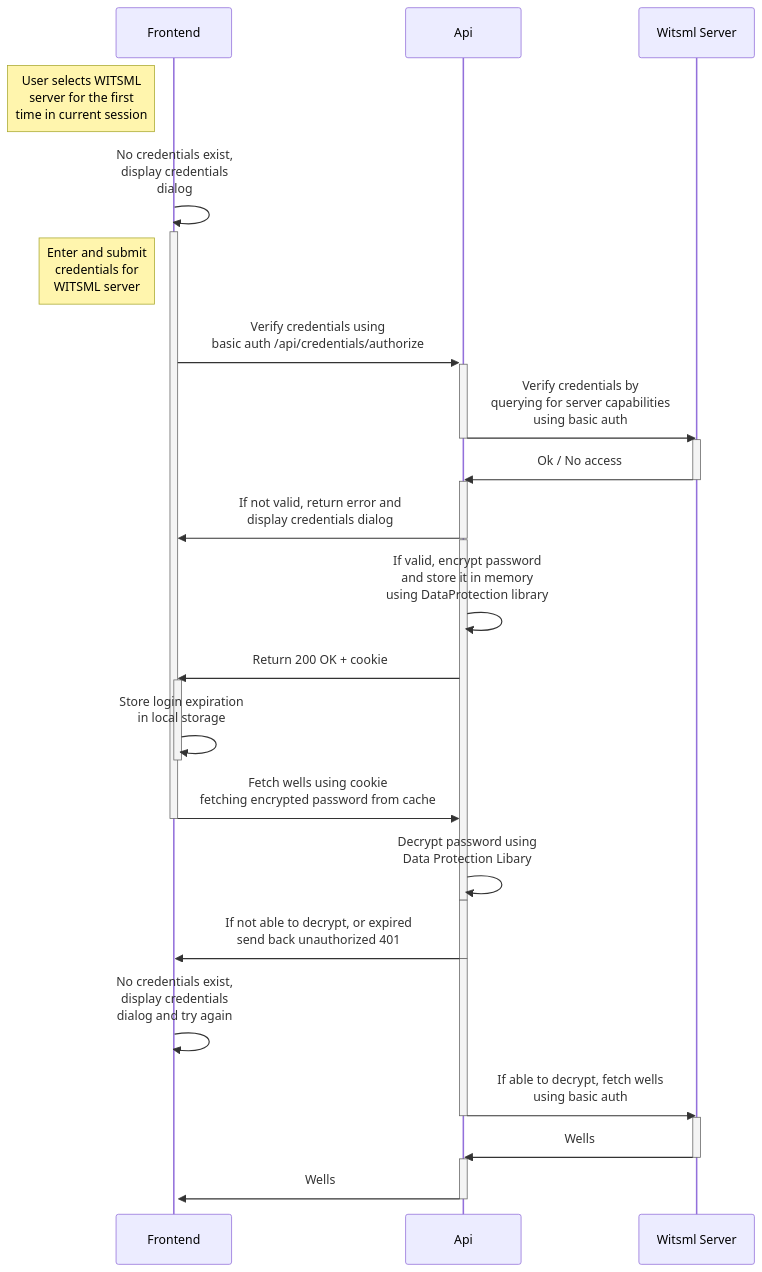
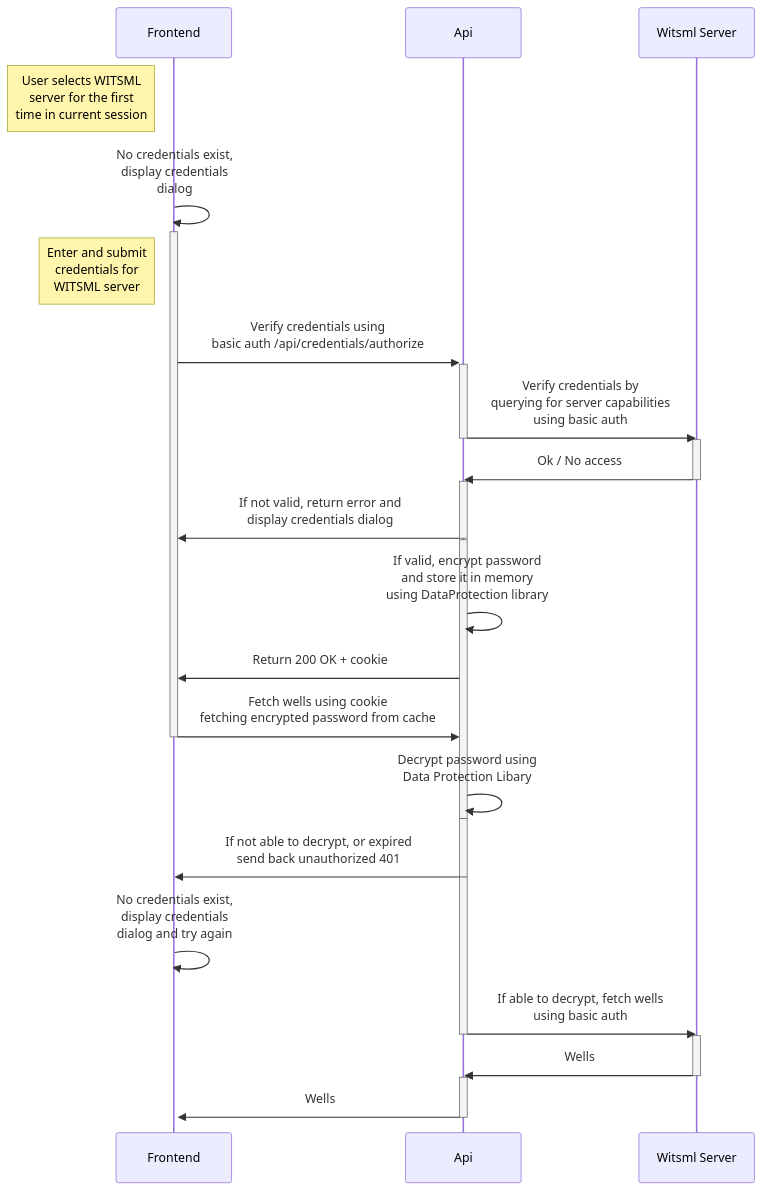
The first of 2 diagrams in AUTH.md (equinor/witsml-explorer), drawn with Mermaid before and after one commit. The commit also changed other lines of this file, not shown here.

````diff
--- a/AUTH.md
+++ b/AUTH.md
@@ -35,28 +35,26 @@
 ```mermaid
 sequenceDiagram
     Note left of Frontend: User selects WITSML <br> server for the first <br> time in current session
     Frontend->>+Frontend: No credentials exist,<br/> display credentials <br/> dialog
     Note left of Frontend: Enter and submit <br> credentials for <br> WITSML server
     Frontend->>+Api: Verify credentials using <br/> basic auth /api/credentials/authorize
     Api->>-Witsml Server: Verify credentials by <br/> querying for server capabilities <br/> using basic auth
     activate Witsml Server
     Witsml Server ->>- Api: Ok / No access 
     activate Api
     Api->>-Frontend: If not valid, return error and <br> display credentials dialog
     activate Api
     Api->>Api: If valid, encrypt password <br> and store it in memory <br> using DataProtection library
     Api->>Frontend: Return 200 OK + cookie
-    activate Frontend
-    Frontend->>-Frontend: Store login expiration  <br> in local storage
     Frontend->>-Api: Fetch wells using cookie <br>fetching encrypted password from cache
     Api->>-Api: Decrypt password using <br> Data Protection Libary
     activate Api
     Api->>-Frontend: If not able to decrypt, or expired <br> send back unauthorized 401
     activate Api
     Frontend->>+Frontend: No credentials exist,<br/> display credentials <br/> dialog and try again    
     Api->>-Witsml Server: If able to decrypt, fetch wells <br> using basic auth
     activate Witsml Server
     Witsml Server->>-Api: Wells
     activate Api
     Api->>-Frontend: Wells
 ```
````
